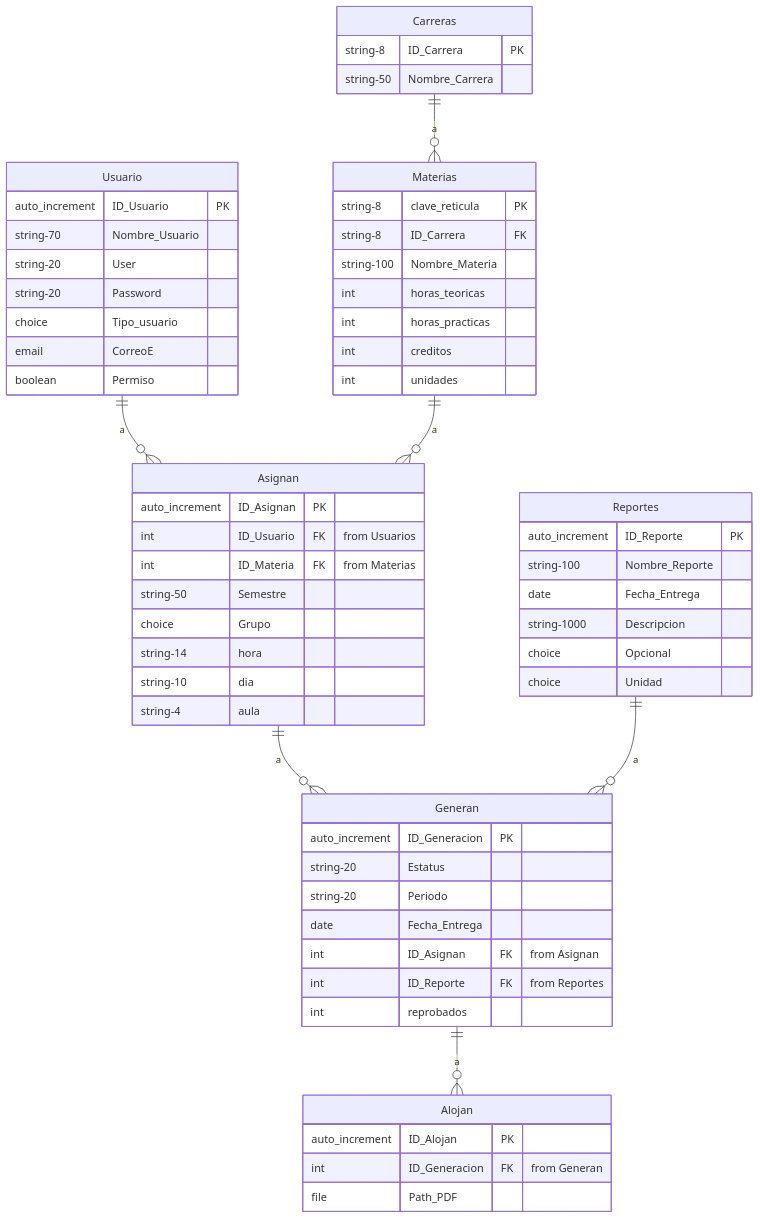
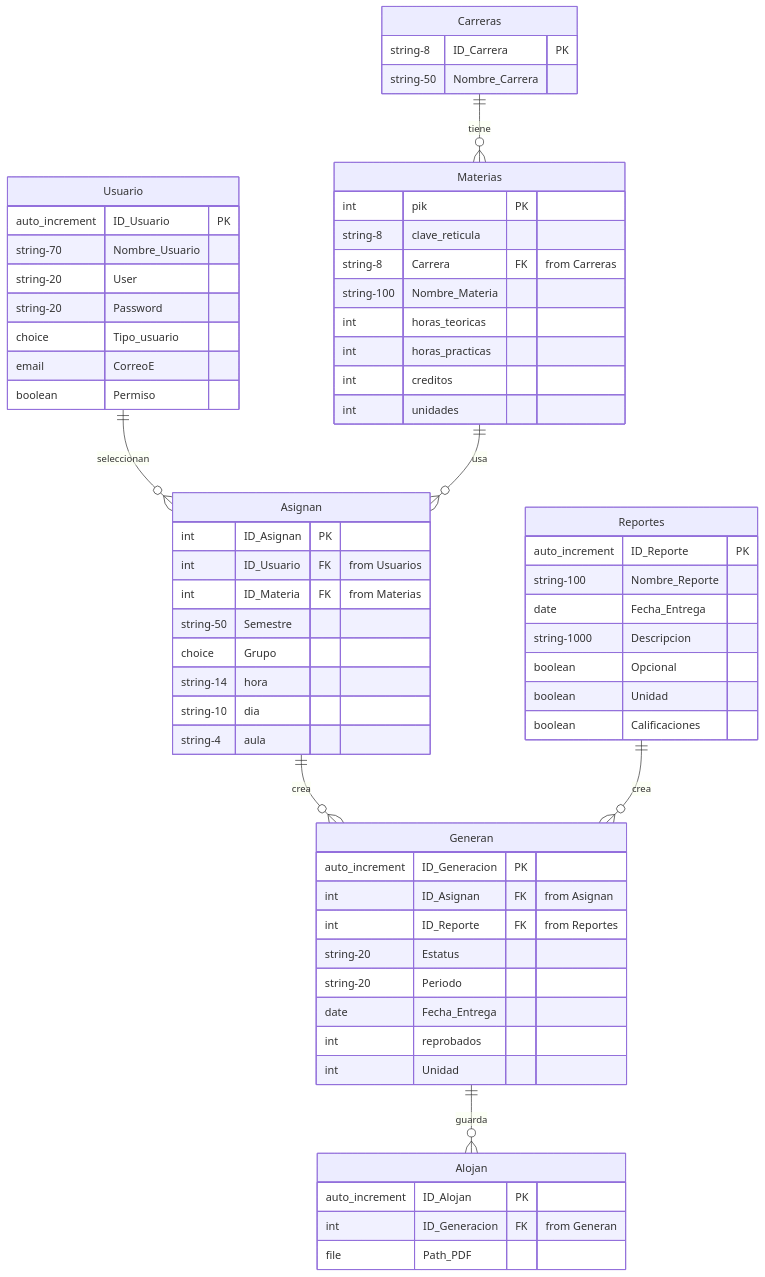
The diagram in SGC/erDiagram.mmd (VRVG1/SGC-backend), drawn with Mermaid before and after one commit.

Commit message:
Subo la versión más reciente del entidad relación

```diff
--- a/SGC/erDiagram.mmd
+++ b/SGC/erDiagram.mmd
@@ -1,67 +1,70 @@
 erDiagram
-    Usuario ||--o{ Asignan : a
+    Usuario ||--o{ Asignan : seleccionan
     Usuario {
         auto_increment ID_Usuario PK
         string-70 Nombre_Usuario
         string-20 User
         string-20 Password
         choice Tipo_usuario
         email CorreoE
         boolean Permiso
     }
 
-    Materias ||--o{ Asignan : a 
+    Materias ||--o{ Asignan : usa 
     Materias {
-        string-8 clave_reticula PK
-        string-8 ID_Carrera FK
+        int pik PK
+        string-8 clave_reticula 
+        string-8 Carrera FK "from Carreras"
         string-100 Nombre_Materia
         int horas_teoricas 
         int horas_practicas
         int creditos
         int unidades
     }
     
-    Carreras ||--o{ Materias : a
+    Carreras ||--o{ Materias : tiene
     Carreras {
         string-8 ID_Carrera PK
         string-50 Nombre_Carrera
     }
 
-    Asignan ||--o{ Generan : a
+    Asignan ||--o{ Generan : crea
     Asignan {
-        auto_increment ID_Asignan PK
+        int ID_Asignan PK
         int ID_Usuario FK "from Usuarios"
         int ID_Materia FK "from Materias"
         string-50 Semestre
         choice Grupo
         string-14 hora
         string-10 dia
         string-4 aula
     }
 
-    Reportes ||--o{ Generan: a
+    Reportes ||--o{ Generan: crea
     Reportes {
         auto_increment ID_Reporte PK
         string-100 Nombre_Reporte
         date Fecha_Entrega
         string-1000 Descripcion
-        choice Opcional
-        choice Unidad
+        boolean Opcional
+        boolean Unidad
+        boolean Calificaciones
     }
     
-    Generan ||--o{ Alojan : a
+    Generan ||--o{ Alojan : guarda
     Generan {
         auto_increment ID_Generacion PK
+        int ID_Asignan FK "from Asignan"
+        int ID_Reporte FK "from Reportes"
         string-20 Estatus
         string-20 Periodo
         date Fecha_Entrega
-        int ID_Asignan FK "from Asignan"
-        int ID_Reporte FK "from Reportes"
         int reprobados
+        int Unidad
     }
 
     Alojan {
         auto_increment ID_Alojan PK
         int ID_Generacion FK " from Generan"
         file Path_PDF
     }
```
